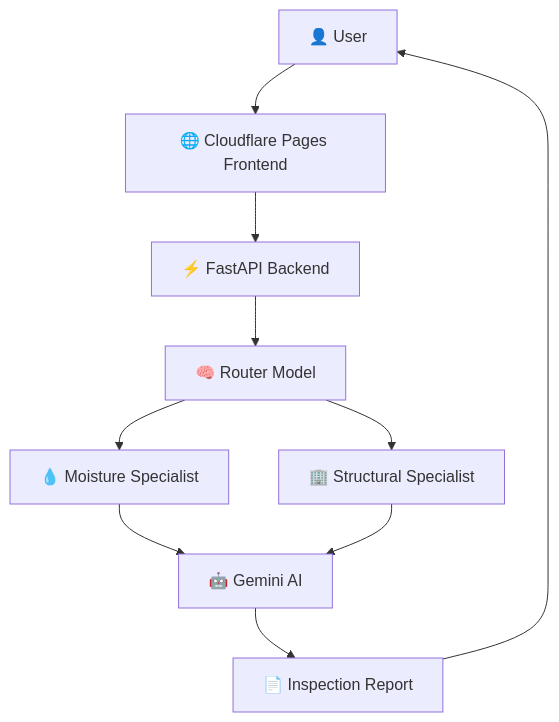
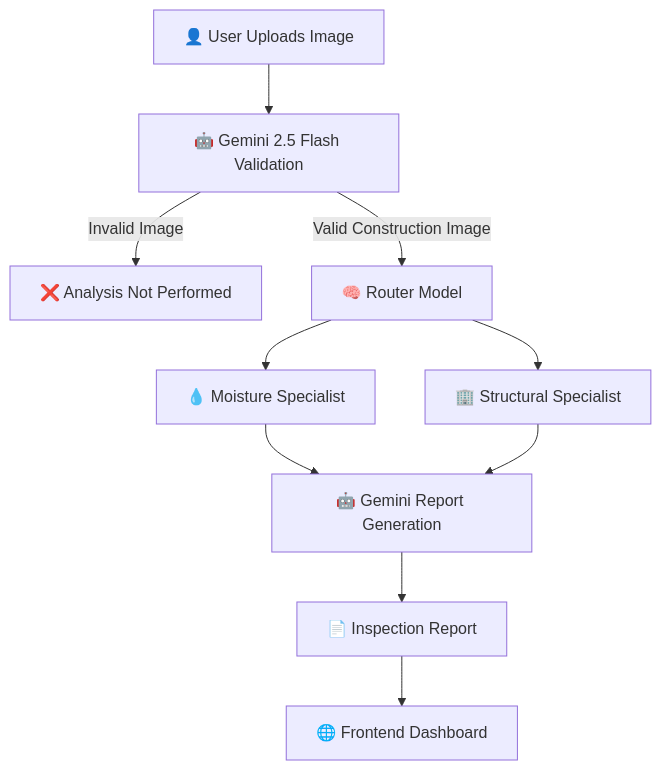
Before and after one commit to AYUSHMSINGH2004/ConstructGuard-AI: the first of 2 diagrams in README.md, drawn with Mermaid. The commit also changed other lines of this file, not shown here.

````diff
--- a/README.md
+++ b/README.md
@@ -500,23 +384,23 @@
 ```mermaid
 graph TD
 
-A[👤 User]
+A[👤 User Uploads Image]
 
-A --> B[🌐 Cloudflare Pages Frontend]
+A --> B[🤖 Gemini 2.5 Flash Validation]
 
-B --> C[⚡ FastAPI Backend]
+B -->|Invalid Image| C[❌ Analysis Not Performed]
 
-C --> D[🧠 Router Model]
+B -->|Valid Construction Image| D[🧠 Router Model]
 
 D --> E[💧 Moisture Specialist]
 
 D --> F[🏢 Structural Specialist]
 
-E --> G[🤖 Gemini AI]
+E --> G[🤖 Gemini Report Generation]
 
 F --> G
 
 G --> H[📄 Inspection Report]
 
-H --> A
+H --> I[🌐 Frontend Dashboard]
 ```
````
